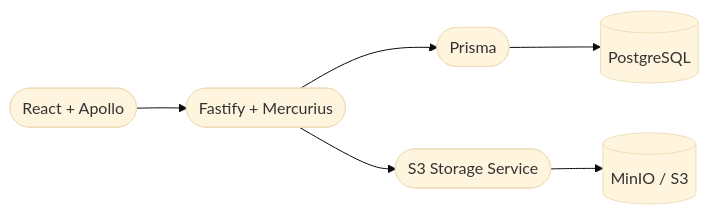
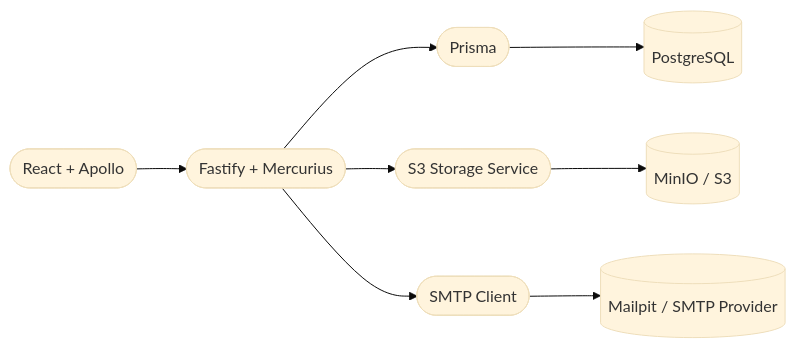
The diagram in README.md (ileonardo-c/pos_rocketseat-tech360-financy), drawn with Mermaid (base theme) before and after one commit. The commit also changed other lines of this file and 125 other files, not shown here.

````diff
--- a/README.md
+++ b/README.md
@@ -70,8 +70,10 @@
 ```mermaid
-flowchart LR
-    A([React + Apollo]) --> B([Fastify + Mercurius])
-    B --> C([Prisma])
-    C --> D[(PostgreSQL)]
-    B --> E([S3 Storage Service])
-    E --> F[(MinIO / S3)]
+  flowchart LR
+      A([React + Apollo]) --> B([Fastify + Mercurius])
+      B --> C([Prisma])
+      C --> D[(PostgreSQL)]
+      B --> E([S3 Storage Service])
+      E --> F[(MinIO / S3)]
+      B --> G([SMTP Client])
+      G --> H[(Mailpit / SMTP Provider)]
 ```
````
